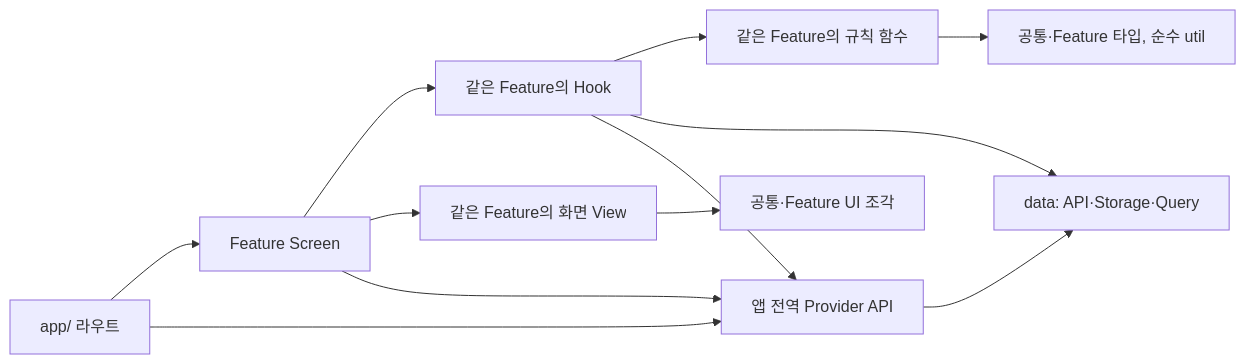
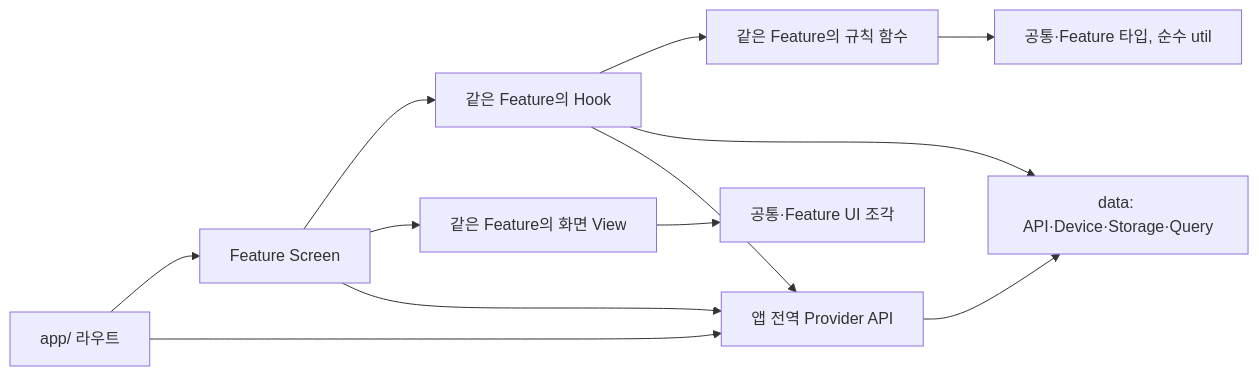
The diagram in client/docs/architecture.md (snuhcs-course/swpp-2026-project-team-08), drawn with Mermaid before and after one commit. The commit also changed other lines of this file and 22 other files, not shown here.

````diff
--- a/client/docs/architecture.md
+++ b/client/docs/architecture.md
@@ -192,14 +195,14 @@
 ```mermaid
 flowchart LR
   Route["app/ 라우트"] --> Screen["Feature Screen"]
   Route --> Provider["앱 전역 Provider API"]
   Screen --> Hook["같은 Feature의 Hook"]
   Screen --> View["같은 Feature의 화면 View"]
   Screen --> Provider
   View --> Piece["공통·Feature UI 조각"]
   Hook --> Rules["같은 Feature의 규칙 함수"]
-  Hook --> Data["data: API·Storage·Query"]
+  Hook --> Data["data: API·Device·Storage·Query"]
   Hook --> Provider
   Provider --> Data
   Rules --> Types["공통·Feature 타입, 순수 util"]
 ```
````
